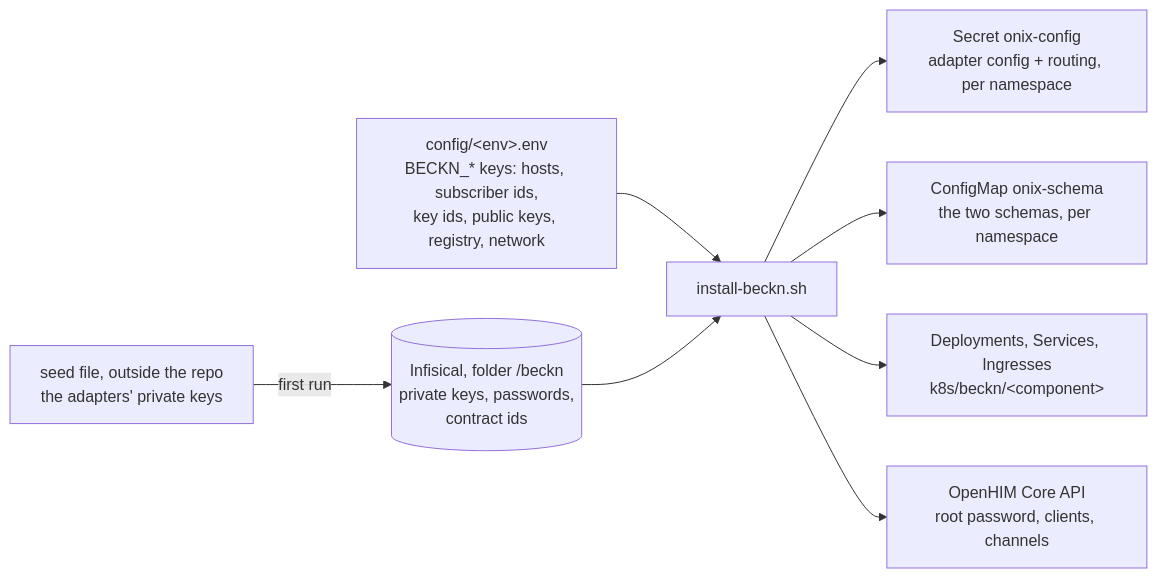
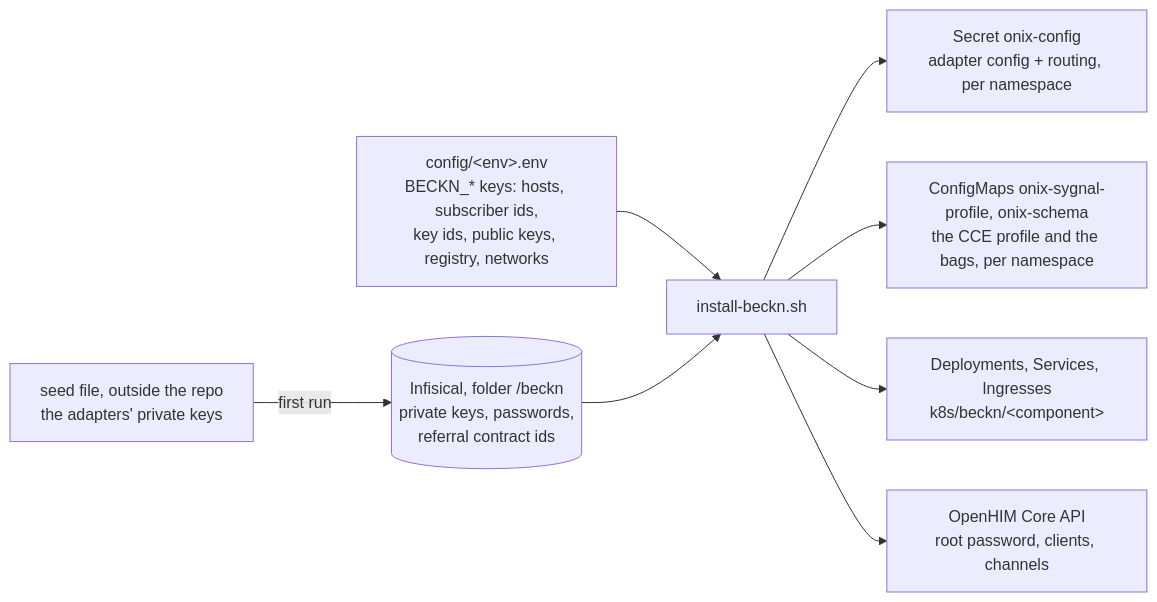
The sixth of 7 diagrams in one-click-installer/docs/beckn-demo-setup.md (openphc/deploy-scripts), drawn with Mermaid before and after one commit. The commit also changed other lines of this file and 60 other files, not shown here.

````diff
--- a/one-click-installer/docs/beckn-demo-setup.md
+++ b/one-click-installer/docs/beckn-demo-setup.md
@@ -301,19 +305,19 @@
 ```mermaid
 flowchart LR
-    CFG["config/&lt;env&gt;.env<br/>BECKN_* keys: hosts, subscriber ids,<br/>key ids, public keys, registry, network"]
+    CFG["config/&lt;env&gt;.env<br/>BECKN_* keys: hosts, subscriber ids,<br/>key ids, public keys, registry, networks"]
     SEED["seed file, outside the repo<br/>the adapters' private keys"]
-    INF[("Infisical, folder /beckn<br/>private keys, passwords,<br/>contract ids")]
+    INF[("Infisical, folder /beckn<br/>private keys, passwords,<br/>referral contract ids")]
     INST["install-beckn.sh"]
     K1["Secret onix-config<br/>adapter config + routing, per namespace"]
-    K2["ConfigMap onix-schema<br/>the two schemas, per namespace"]
+    K2["ConfigMaps onix-sygnal-profile, onix-schema<br/>the CCE profile and the bags, per namespace"]
     K3["Deployments, Services, Ingresses<br/>k8s/beckn/&lt;component&gt;"]
     OH["OpenHIM Core API<br/>root password, clients, channels"]
 
     SEED -- "first run" --> INF
     CFG --> INST
     INF --> INST
     INST --> K1
     INST --> K2
     INST --> K3
     INST --> OH
 ```
````
